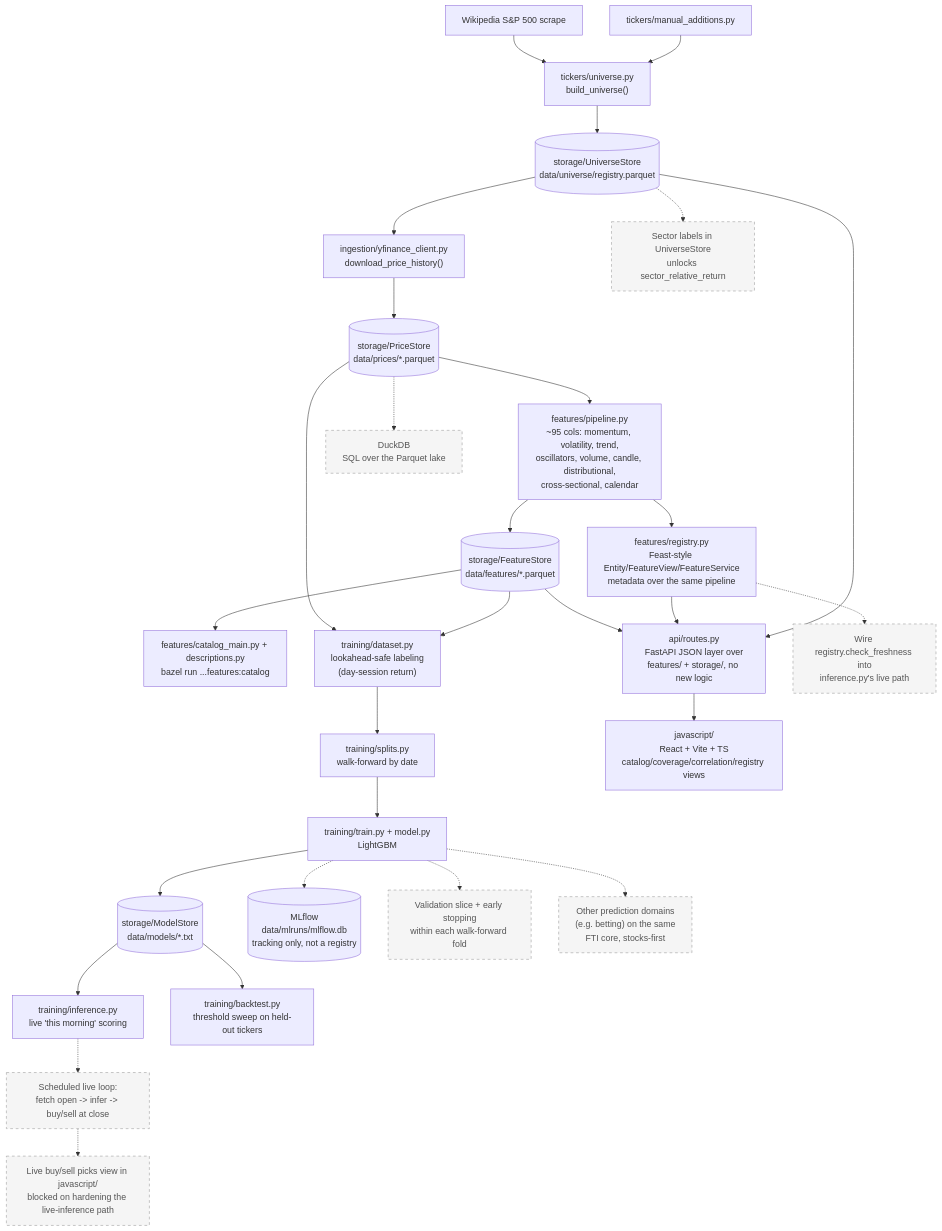
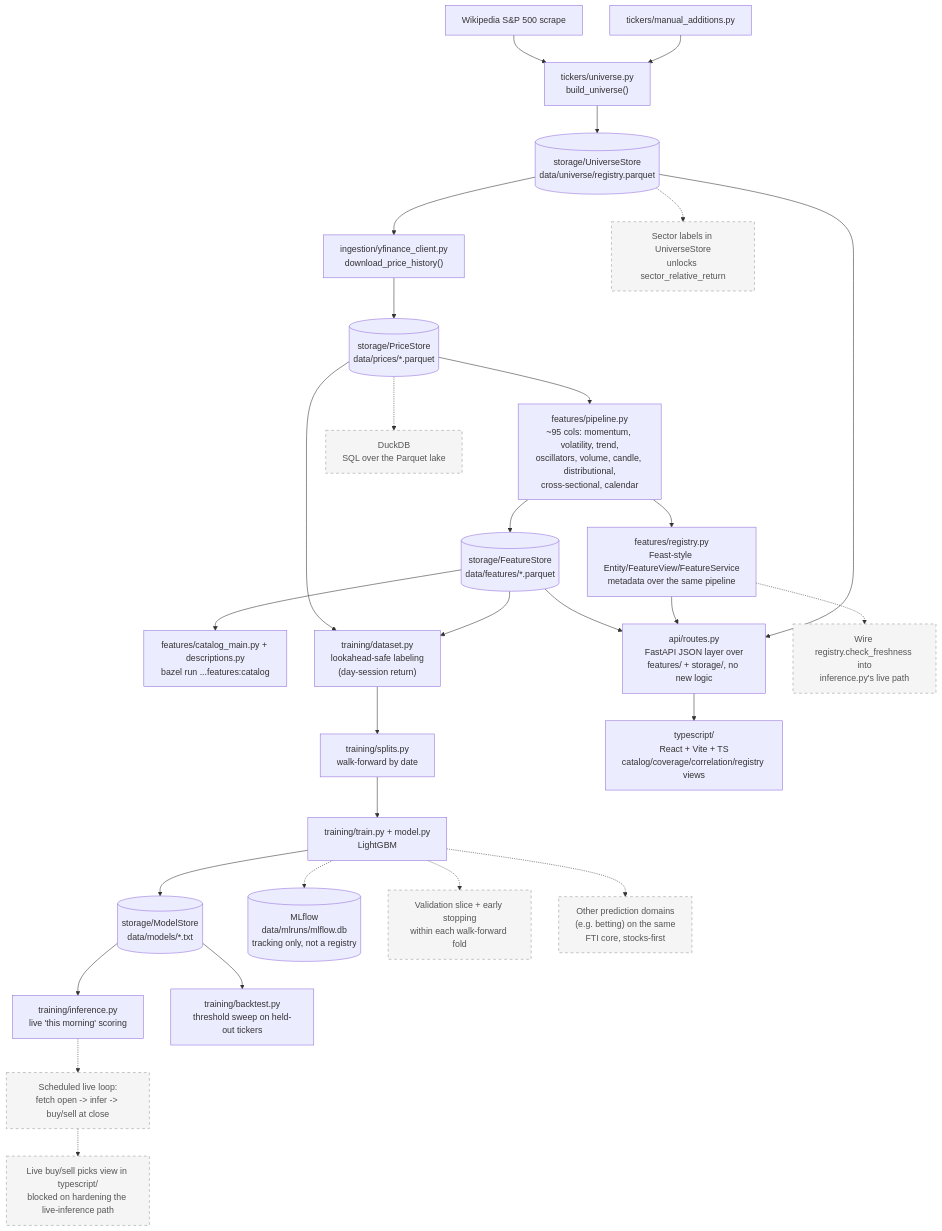
The diagram in README.md (fartzy/stock-picker), drawn with Mermaid before and after one commit. The commit also changed other lines of this file and 28 other files, not shown here.

First line of the commit message:
Extract catalog loader and web app view helpers, rename javascript/ to typescript/

````diff
--- a/README.md
+++ b/README.md
@@ -11,66 +11,66 @@
 ```mermaid
 flowchart TB
     WIKI["Wikipedia S&amp;P 500 scrape"]
     MANUAL["tickers/manual_additions.py"]
     BUILDUNIV["tickers/universe.py<br/>build_universe()"]
     YF["ingestion/yfinance_client.py<br/>download_price_history()"]
 
     US[("storage/UniverseStore<br/>data/universe/registry.parquet")]
     PS[("storage/PriceStore<br/>data/prices/*.parquet")]
     FS[("storage/FeatureStore<br/>data/features/*.parquet")]
     MS[("storage/ModelStore<br/>data/models/*.txt")]
 
     FEATPIPE["features/pipeline.py<br/>~95 cols: momentum, volatility, trend,<br/>oscillators, volume, candle, distributional,<br/>cross-sectional, calendar"]
     CATALOG["features/catalog_main.py + descriptions.py<br/>bazel run ...features:catalog"]
     REGISTRY["features/registry.py<br/>Feast-style Entity/FeatureView/FeatureService<br/>metadata over the same pipeline"]
 
     DATASET["training/dataset.py<br/>lookahead-safe labeling<br/>(day-session return)"]
     SPLITS["training/splits.py<br/>walk-forward by date"]
     TRAIN["training/train.py + model.py<br/>LightGBM"]
     INFER["training/inference.py<br/>live 'this morning' scoring"]
     BACKTEST["training/backtest.py<br/>threshold sweep on held-out tickers"]
     MLFLOW[("MLflow<br/>data/mlruns/mlflow.db<br/>tracking only, not a registry")]
 
     API["api/routes.py<br/>FastAPI JSON layer over<br/>features/ + storage/, no new logic"]
-    WEB["javascript/<br/>React + Vite + TS<br/>catalog/coverage/correlation/registry views"]
+    WEB["typescript/<br/>React + Vite + TS<br/>catalog/coverage/correlation/registry views"]
 
     WIKI --> BUILDUNIV
     MANUAL --> BUILDUNIV
     BUILDUNIV --> US
     US --> YF
     YF --> PS
     PS --> FEATPIPE
     FEATPIPE --> FS
     PS --> DATASET
     FS --> DATASET
     DATASET --> SPLITS --> TRAIN
     TRAIN --> MS
     TRAIN -.-> MLFLOW
     MS --> INFER
     MS --> BACKTEST
     FS --> CATALOG
     FEATPIPE --> REGISTRY
     FS --> API
     REGISTRY --> API
     US --> API
     API --> WEB
 
     SECTOR["Sector labels in UniverseStore<br/>unlocks sector_relative_return"]
     VALSET["Validation slice + early stopping<br/>within each walk-forward fold"]
     TTLCHECK["Wire registry.check_freshness into<br/>inference.py's live path"]
     DUCKDB["DuckDB<br/>SQL over the Parquet lake"]
     LIVE["Scheduled live loop:<br/>fetch open -> infer -> buy/sell at close"]
-    PICKS["Live buy/sell picks view in javascript/<br/>blocked on hardening the live-inference path"]
+    PICKS["Live buy/sell picks view in typescript/<br/>blocked on hardening the live-inference path"]
     MULTI["Other prediction domains<br/>(e.g. betting) on the same<br/>FTI core, stocks-first"]
 
     US -.-> SECTOR
     TRAIN -.-> VALSET
     REGISTRY -.-> TTLCHECK
     PS -.-> DUCKDB
     INFER -.-> LIVE
     LIVE -.-> PICKS
     TRAIN -.-> MULTI
 
     classDef planned stroke-dasharray: 5 5,fill:#f5f5f5,stroke:#999,color:#555;
     class SECTOR,VALSET,TTLCHECK,DUCKDB,LIVE,PICKS,MULTI planned;
 ```
````
